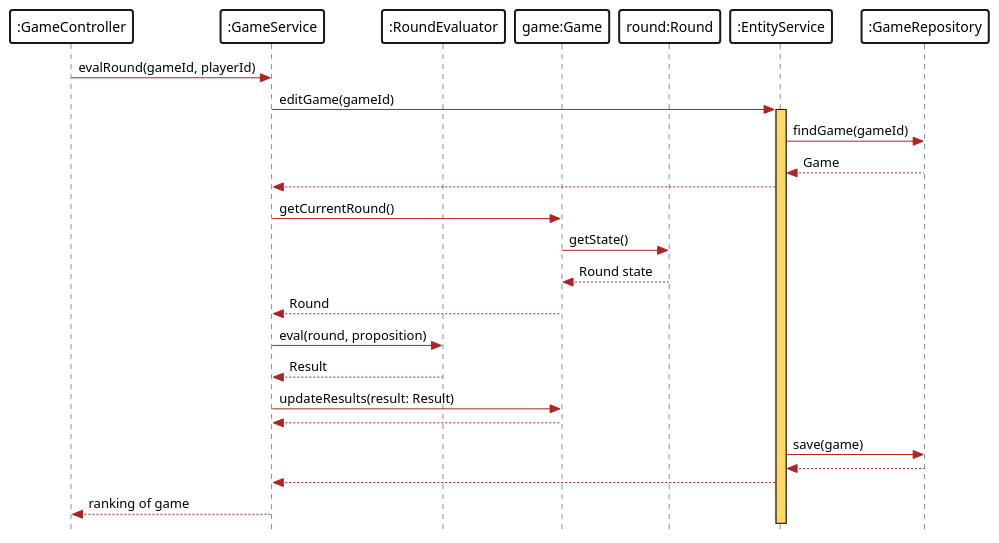
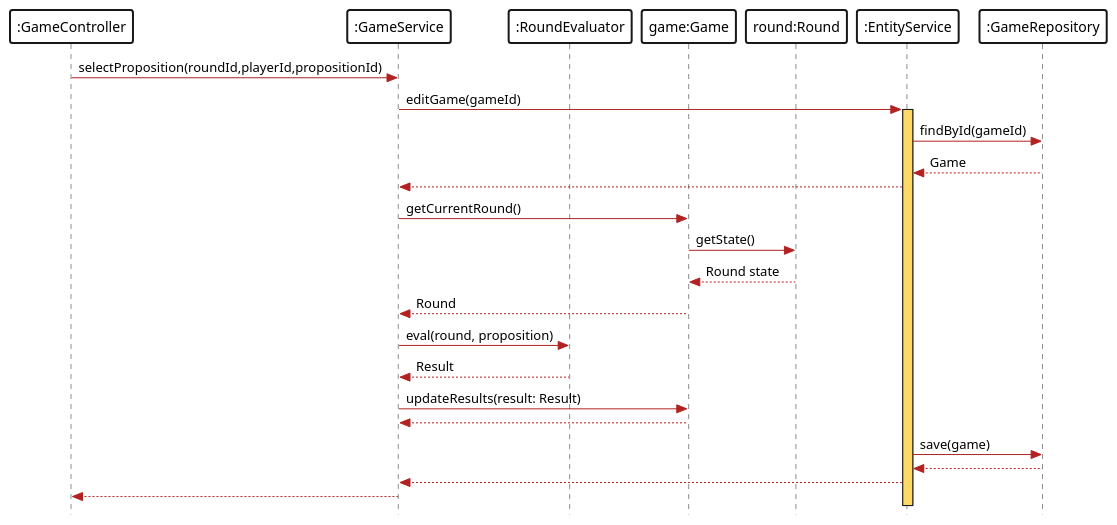
One commit to patrickwinti/worldwidewalter changed the diagram in docs/diagrams/SSD_evaluation.plantuml. Above: the diagram before and after it, drawn with PlantUML. The commit also changed 6 other files, not shown here.

```diff
--- a/docs/diagrams/SSD_evaluation.plantuml
+++ b/docs/diagrams/SSD_evaluation.plantuml
@@ -1,49 +1,49 @@
 @startuml
 skinparam sequence {
     BackgroundColor white
     BorderColor Black
     ArrowColor Firebrick
     BorderThickness 2
     LifeLineBackgroundColor #FFD966
 
 }
 skinparam Note{
     BorderColor #FFD966
     BackgroundColor #FFD966
 }
 skinparam participant {
     BackgroundColor white
     BorderThickness 2
 }
 skinparam responseMessageBelowArrow true
 skinparam style strictuml
 
 participant ":GameController" as gc
 participant ":GameService" as gs
 participant ":RoundEvaluator" as ev
 participant "game:Game" as game
 participant "round:Round" as round
 participant ":EntityService" as ges
 participant ":GameRepository" as gr
 
-gc -> gs: evalRound(gameId, playerId)
+gc -> gs: selectProposition(roundId,playerId,propositionId)
 gs -> ges: editGame(gameId)
 activate ges
-ges -> gr : findGame(gameId)
+ges -> gr : findById(gameId)
 gr  --> ges: Game
 ges --> gs
 gs -> game: getCurrentRound()
 game -> round: getState()
 round --> game: Round state
 game --> gs: Round
 gs -> ev :eval(round, proposition)
 ev --> gs : Result
 gs -> game : updateResults(result: Result)
 game --> gs
 ges -> gr : save(game)
 gr --> ges
 ges --> gs
-gs --> gc: ranking of game
+gs --> gc
 
 
 @enduml
```
